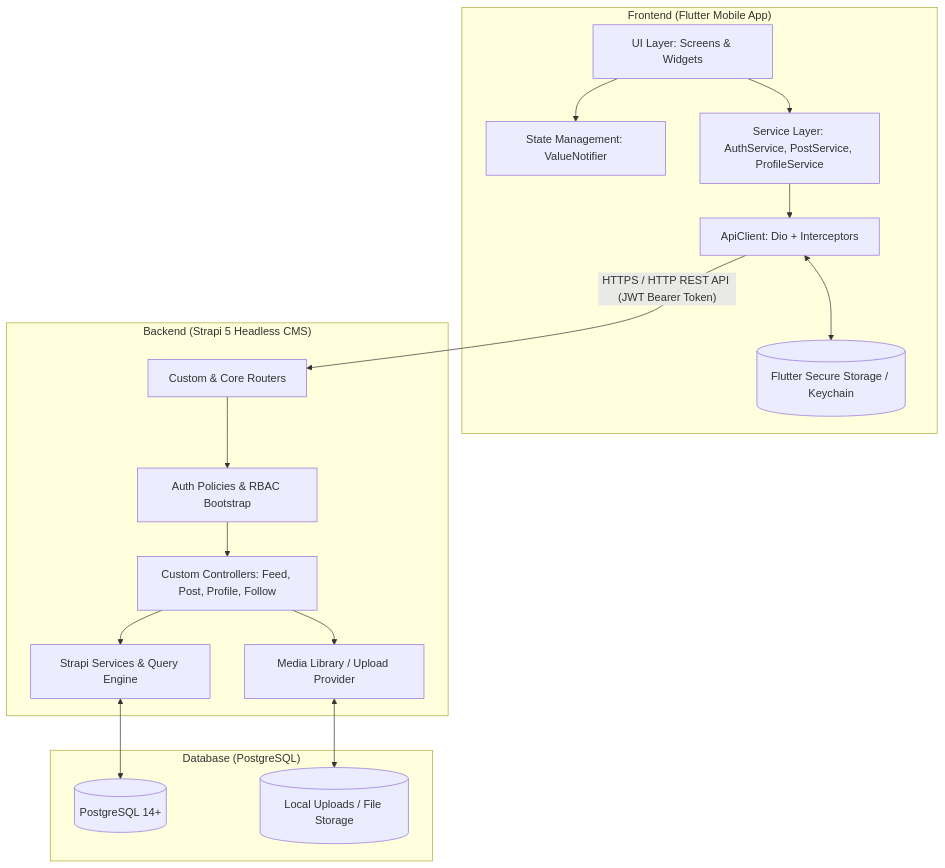
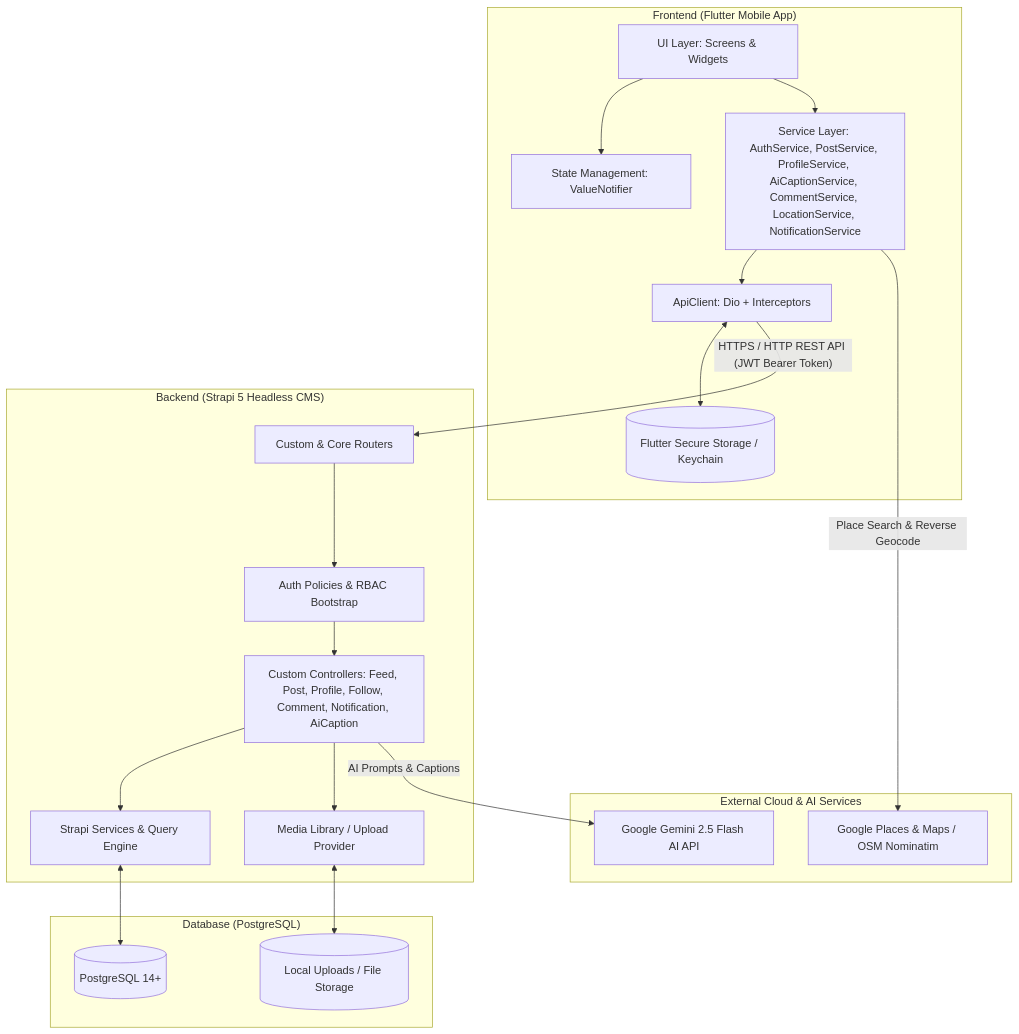
Before and after one commit to pykt0908/ai-software-engineer-project: the first of 2 diagrams in docs/01_architecture.md, drawn with Mermaid. The commit also changed other lines of this file and 93 other files, not shown here.

Commit message:
feat: complete cat social app features, AI caption, location search, comments & docs update

````diff
--- a/docs/01_architecture.md
+++ b/docs/01_architecture.md
@@ -9,38 +9,45 @@
 ```mermaid
 graph TD
     subgraph Client Tier ["Frontend (Flutter Mobile App)"]
         UI[UI Layer: Screens & Widgets]
         State[State Management: ValueNotifier]
-        Services[Service Layer: AuthService, PostService, ProfileService]
+        Services[Service Layer: AuthService, PostService, ProfileService, AiCaptionService, CommentService, LocationService, NotificationService]
         ApiClient[ApiClient: Dio + Interceptors]
         Storage[(Flutter Secure Storage / Keychain)]
         
         UI --> State
         UI --> Services
         Services --> ApiClient
         ApiClient <--> Storage
     end
 
     subgraph Application Tier ["Backend (Strapi 5 Headless CMS)"]
         Router[Custom & Core Routers]
         AuthPolicy[Auth Policies & RBAC Bootstrap]
-        Controllers[Custom Controllers: Feed, Post, Profile, Follow]
+        Controllers[Custom Controllers: Feed, Post, Profile, Follow, Comment, Notification, AiCaption]
         ServicesBE[Strapi Services & Query Engine]
         Media[Media Library / Upload Provider]
         
         Router --> AuthPolicy
         AuthPolicy --> Controllers
         Controllers --> ServicesBE
         Controllers --> Media
+    end
+
+    subgraph External Services ["External Cloud & AI Services"]
+        Gemini[Google Gemini 2.5 Flash AI API]
+        GoogleMaps[Google Places & Maps / OSM Nominatim]
     end
 
     subgraph Data Tier ["Database (PostgreSQL)"]
         Postgres[(PostgreSQL 14+)]
         MediaFiles[(Local Uploads / File Storage)]
         
         ServicesBE <--> Postgres
         Media <--> MediaFiles
     end
 
     ApiClient -- "HTTPS / HTTP REST API (JWT Bearer Token)" --> Router
+    Controllers -- "AI Prompts & Captions" --> Gemini
+    Services -- "Place Search & Reverse Geocode" --> GoogleMaps
 ```
````
